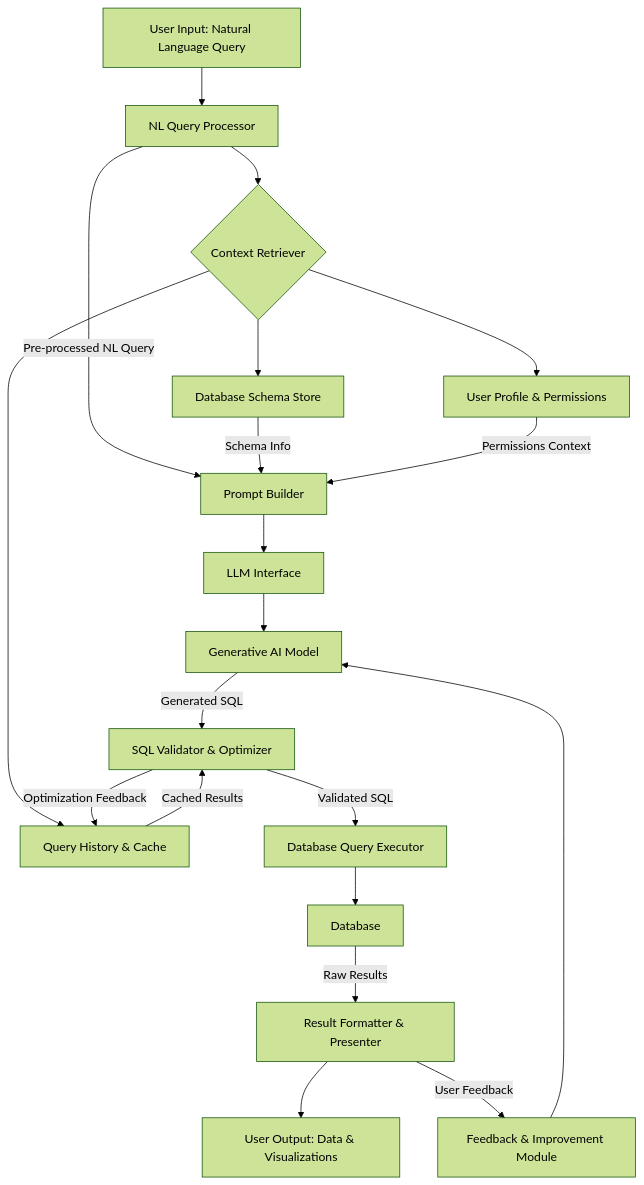
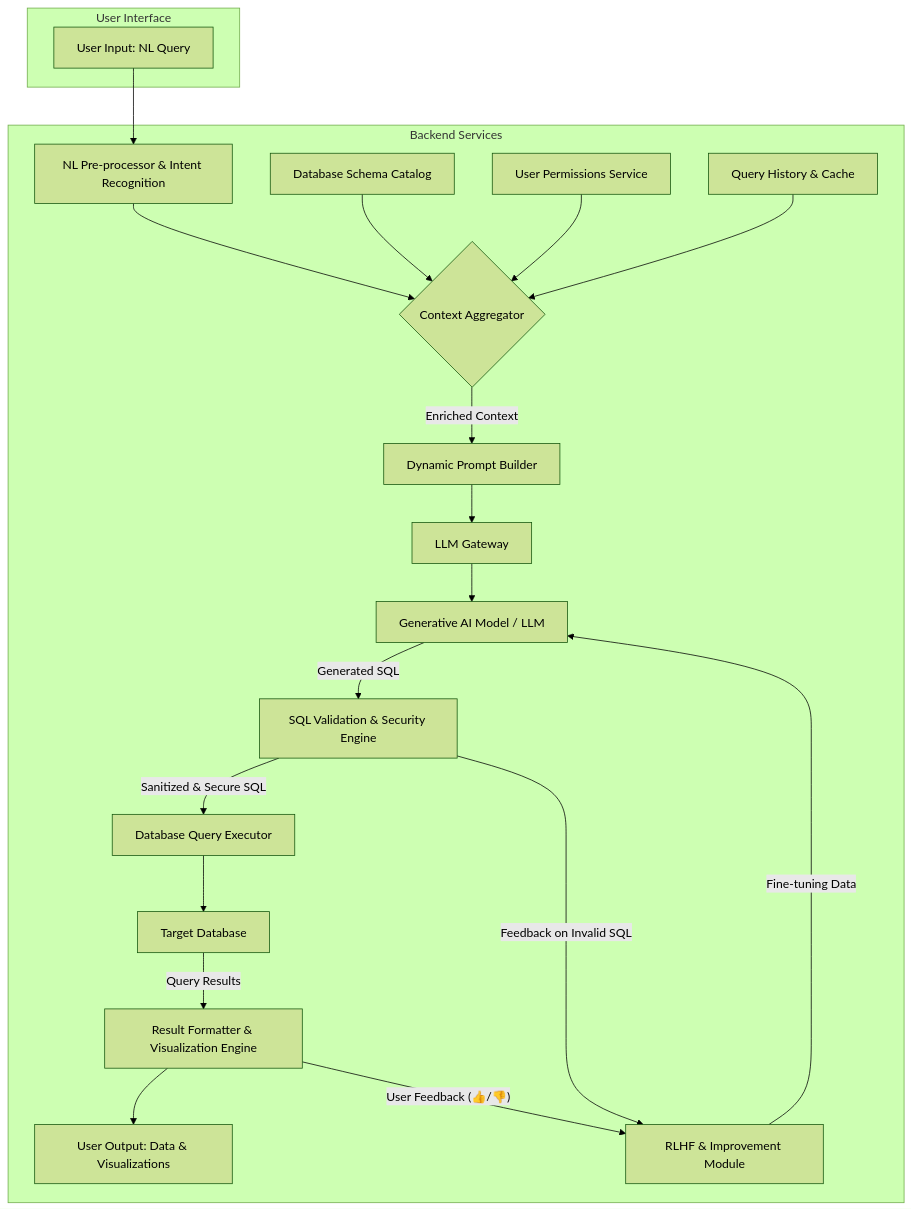
One commit to diplomat-bit/Citibank_Demo_Business_Inc_Demonstration- changed the first of 10 diagrams in inventions/062_natural_language_to_sql.md. Above: the diagram before and after it, drawn with Mermaid (forest theme). The commit also changed other lines of this file, not shown here.

Commit message:
[AI] Edit: inventions/062_natural_language_to_sql.md

````diff
--- a/inventions/062_natural_language_to_sql.md
+++ b/inventions/062_natural_language_to_sql.md
@@ -71,26 +114,29 @@
 ```mermaid
 graph TD
-    A[User Input: Natural Language Query] --> B[NL Query Processor]
-    B --> C{Context Retriever}
-    C --> D[Database Schema Store]
-    C --> E[User Profile & Permissions]
-    C --> F[Query History & Cache]
+    subgraph User Interface
+        A[User Input: NL Query]
+    end
 
-    B -- Pre-processed NL Query --> G[Prompt Builder]
-    D -- Schema Info --> G
-    E -- Permissions Context --> G
-    F -- Cached Results --> J
+    subgraph Backend Services
+        A --> B[NL Pre-processor & Intent Recognition]
+        B --> C{Context Aggregator}
+        D[Database Schema Catalog] --> C
+        E[User Permissions Service] --> C
+        F[Query History & Cache] --> C
 
-    G --> H[LLM Interface]
-    H --> I[Generative AI Model]
+        C -- Enriched Context --> G[Dynamic Prompt Builder]
+        G --> H[LLM Gateway]
+        H --> I[Generative AI Model / LLM]
 
-    I -- Generated SQL --> J[SQL Validator & Optimizer]
-    J -- Validated SQL --> K[Database Query Executor]
-    K --> L[Database]
-    L -- Raw Results --> M[Result Formatter & Presenter]
-    M --> N[User Output: Data & Visualizations]
+        I -- Generated SQL --> J[SQL Validation & Security Engine]
+        J -- Sanitized & Secure SQL --> K[Database Query Executor]
+        K --> L[Target Database]
 
-    J -- Optimization Feedback --> F
-    M -- User Feedback --> P[Feedback & Improvement Module]
-    P --> I
+        L -- Query Results --> M[Result Formatter & Visualization Engine]
+        M --> N[User Output: Data & Visualizations]
+
+        J -- Feedback on Invalid SQL --> P
+        M -- User Feedback (👍/👎) --> P[RLHF & Improvement Module]
+        P -- Fine-tuning Data --> I
+    end
 ```
````
